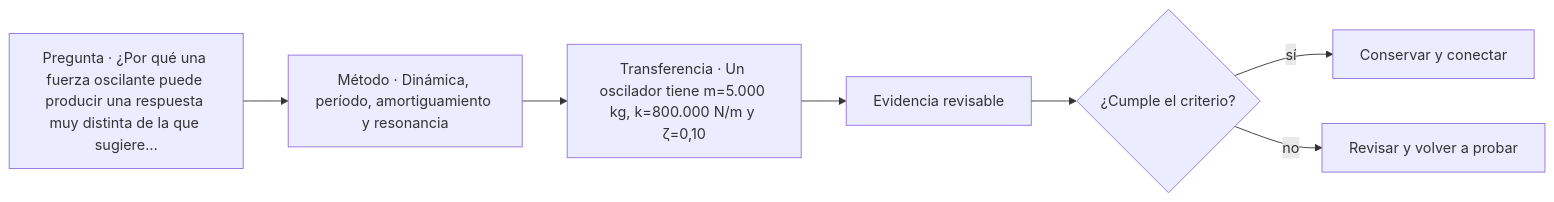
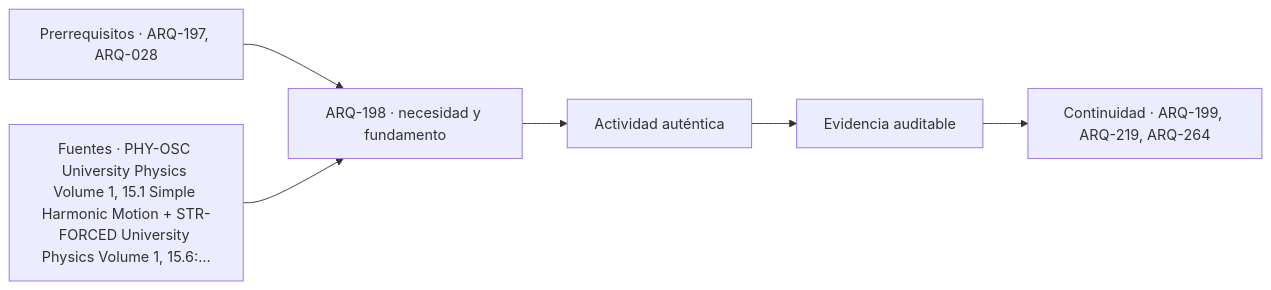
Before and after one commit to vladimiracunadev-create/architecture-built-environment-learning-program: the diagram in classes/parte-20/ARQ-198.md, drawn with Mermaid. The commit also changed other lines of this file and 761 other files, not shown here.

````diff
--- a/classes/parte-20/ARQ-198.md
+++ b/classes/parte-20/ARQ-198.md
@@ -119,9 +131,8 @@
 ```mermaid
 flowchart LR
-    Q["Pregunta · ¿Por qué una fuerza oscilante puede producir una respuesta muy distinta de la que sugiere…"] --> M["Método · Dinámica, período, amortiguamiento y resonancia"]
-    M --> P["Transferencia · Un oscilador tiene m=5.000 kg, k=800.000 N/m y ζ=0,10"]
-    P --> E["Evidencia revisable"]
-    E --> C{"¿Cumple el criterio?"}
-    C -->|sí| T["Conservar y conectar"]
-    C -->|no| R["Revisar y volver a probar"]
+    A["Prerrequisitos · ARQ-197, ARQ-028"] --> B["ARQ-198 · necesidad y fundamento"]
+    S["Fuentes · PHY-OSC University Physics Volume 1, 15.1 Simple Harmonic Motion + STR-FORCED University Physics Volume 1, 15.6:…"] --> B
+    B --> C["Actividad auténtica"]
+    C --> D["Evidencia auditable"]
+    D --> E["Continuidad · ARQ-199, ARQ-219, ARQ-264"]
 ```
````
